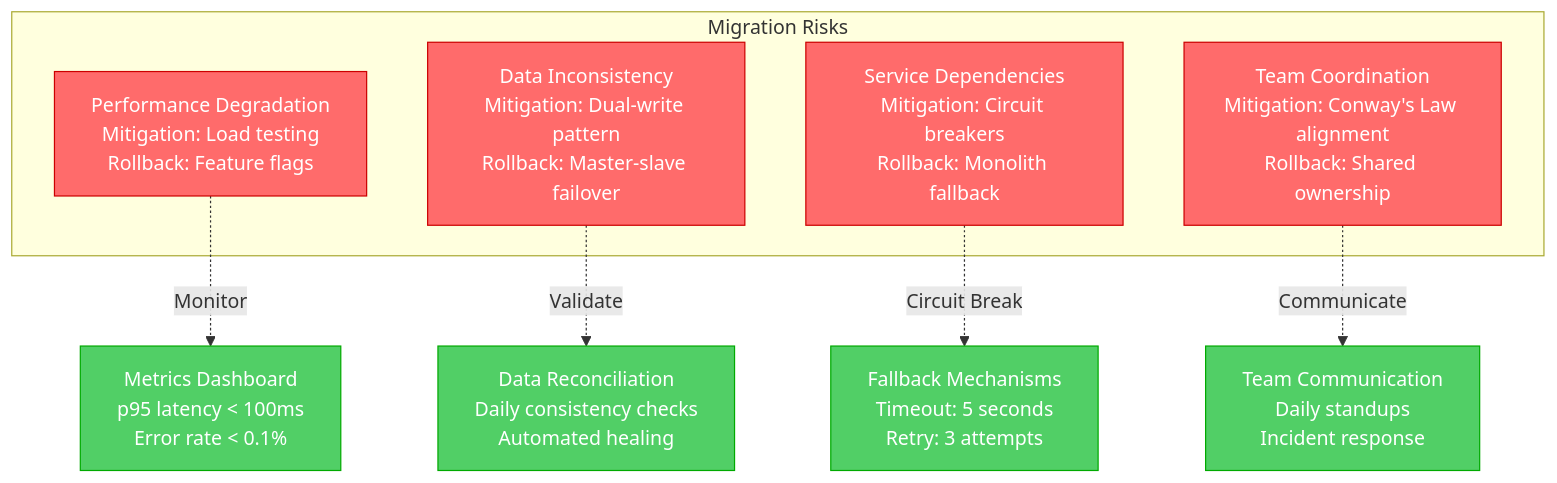
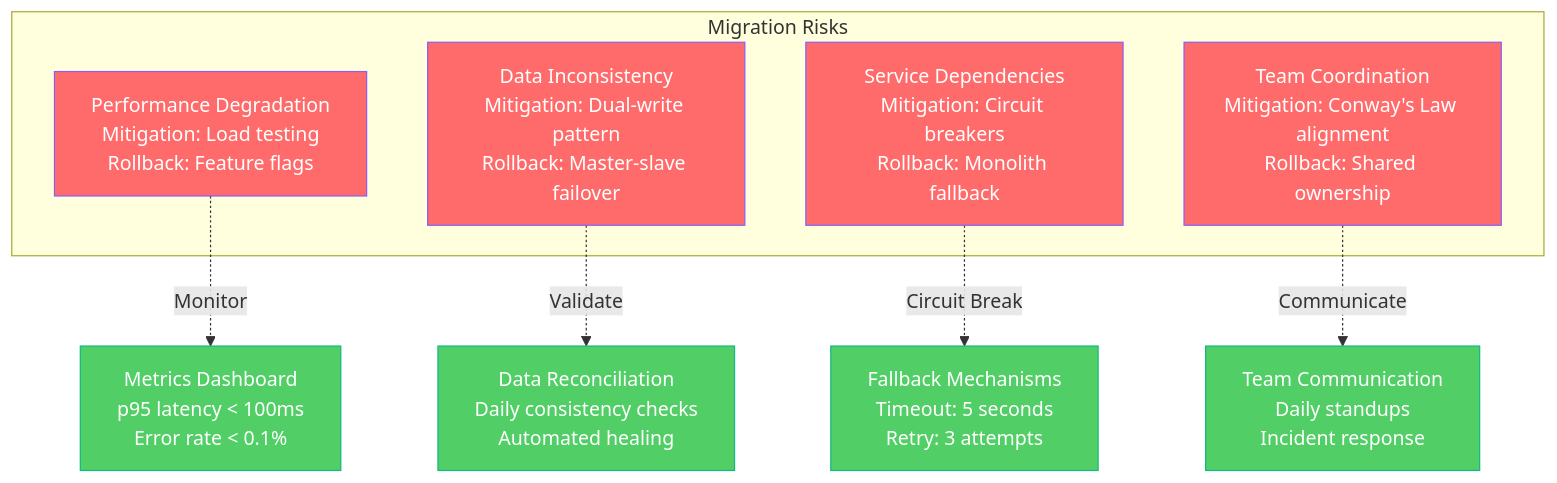
Before and after one commit to deepaucksharma/DS: the eighth of 9 diagrams in site/docs/migrations/monolith-to-microservices.md, drawn with Mermaid. The commit also changed other lines of this file and 303 other files, not shown here.

````diff
--- a/site/docs/migrations/monolith-to-microservices.md
+++ b/site/docs/migrations/monolith-to-microservices.md
@@ -446,27 +446,27 @@
 ```mermaid
 graph TB
     subgraph "Migration Risks"
         PERF[Performance Degradation<br/>Mitigation: Load testing<br/>Rollback: Feature flags]
 
         DATA[Data Inconsistency<br/>Mitigation: Dual-write pattern<br/>Rollback: Master-slave failover]
 
         DEPS[Service Dependencies<br/>Mitigation: Circuit breakers<br/>Rollback: Monolith fallback]
 
         TEAM[Team Coordination<br/>Mitigation: Conway's Law alignment<br/>Rollback: Shared ownership]
     end
 
     PERF -.->|Monitor| METRICS[Metrics Dashboard<br/>p95 latency < 100ms<br/>Error rate < 0.1%]
 
     DATA -.->|Validate| RECONCILE[Data Reconciliation<br/>Daily consistency checks<br/>Automated healing]
 
     DEPS -.->|Circuit Break| FALLBACK[Fallback Mechanisms<br/>Timeout: 5 seconds<br/>Retry: 3 attempts]
 
     TEAM -.->|Communicate| SLACK[Team Communication<br/>Daily standups<br/>Incident response]
 
     %% Apply colors
-    classDef riskStyle fill:#FF6B6B,stroke:#CC0000,color:#fff
-    classDef mitigationStyle fill:#51CF66,stroke:#00AA00,color:#fff
+    classDef riskStyle fill:#FF6B6B,stroke:#8B5CF6,color:#fff
+    classDef mitigationStyle fill:#51CF66,stroke:#10B981,color:#fff
 
     class PERF,DATA,DEPS,TEAM riskStyle
     class METRICS,RECONCILE,FALLBACK,SLACK mitigationStyle
 ```
````
